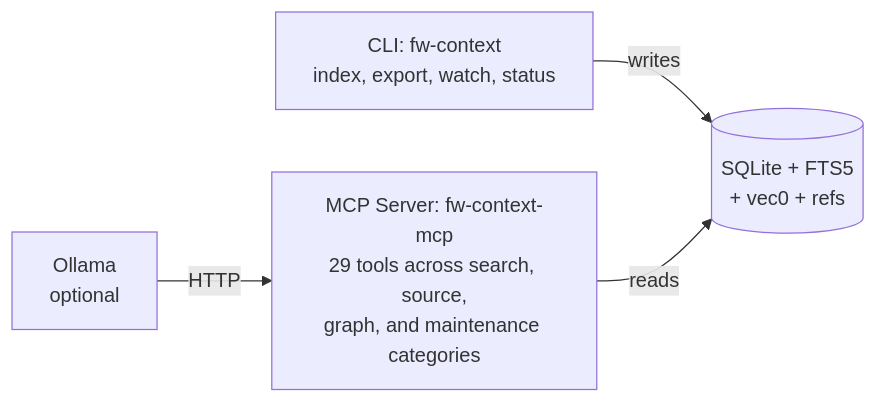
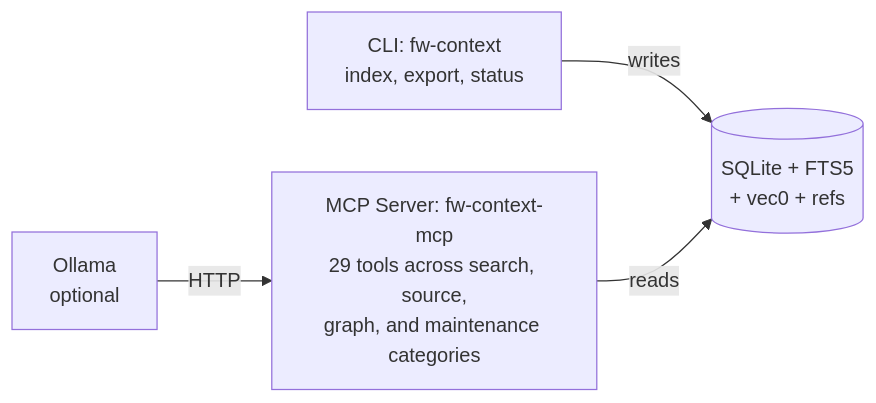
The second of 2 diagrams in docs/README.md (turbyho/fw-context-mcp), drawn with Mermaid before and after one commit. The commit also changed other lines of this file and 9 other files, not shown here.

````diff
--- a/docs/README.md
+++ b/docs/README.md
@@ -178,11 +178,11 @@
 ```mermaid
 graph LR
-    cli[CLI: fw-context<br/>index, export, watch, status]
+    cli[CLI: fw-context<br/>index, export, status]
     server[MCP Server: fw-context-mcp<br/>29 tools across search, source,<br/>graph, and maintenance categories]
     ollama[Ollama<br/>optional]
     db[(SQLite + FTS5<br/>+ vec0 + refs)]
 
     cli -->|writes| db
     server -->|reads| db
     ollama -->|HTTP| server
 ```
````
